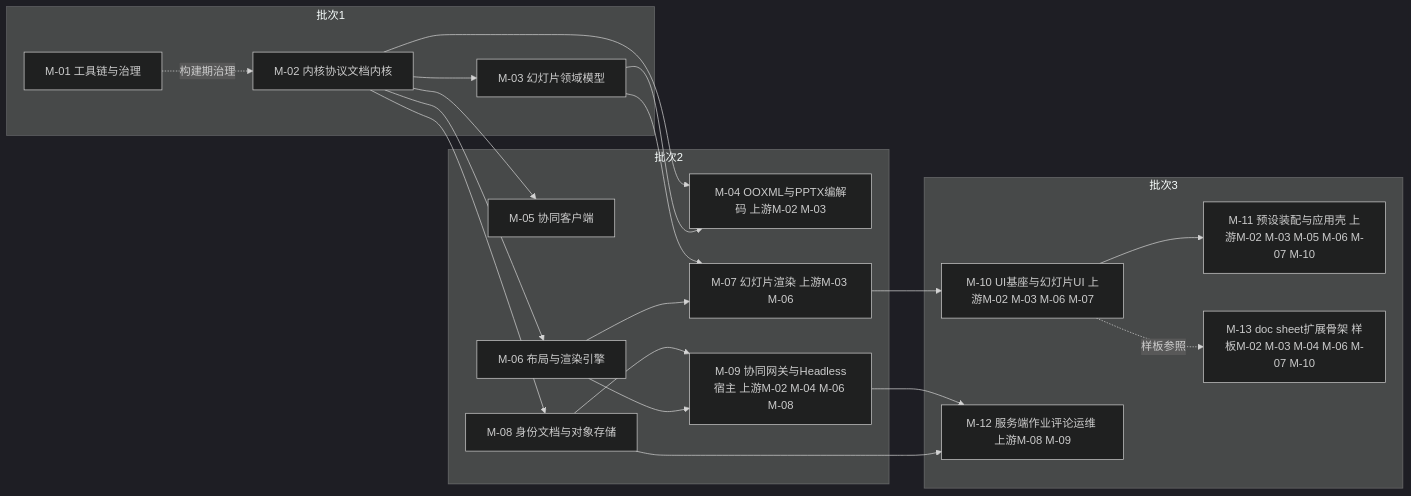
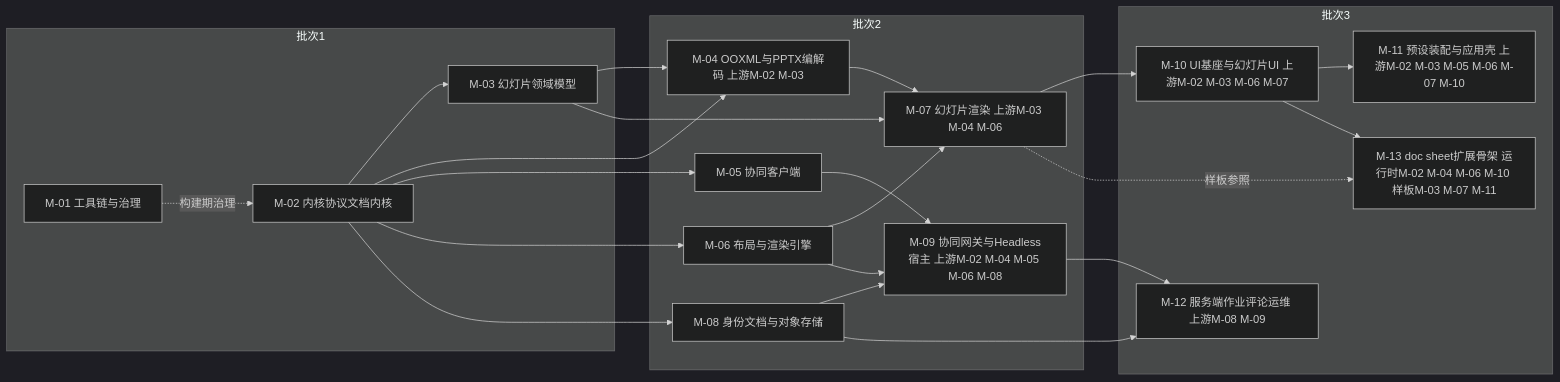
Before and after one commit to Xeonice/cordis-ppt-editor: the tenth of 12 diagrams in docs/40-modules/00-module-map.md, drawn with Mermaid (dark theme). The commit also changed other lines of this file and 22 other files, not shown here.

First line of the commit message:
docs(modules): 新增架构图集 18/19，补图并按 §4.18 回写模块设计线

````diff
--- a/docs/40-modules/00-module-map.md
+++ b/docs/40-modules/00-module-map.md
@@ -1127,38 +1233,41 @@
 ```mermaid
 flowchart LR
 subgraph b1["批次1"]
 m01["M-01 工具链与治理"]
 m02["M-02 内核协议文档内核"]
 m03["M-03 幻灯片领域模型"]
 end
 subgraph b2["批次2"]
 m04["M-04 OOXML与PPTX编解码 上游M-02 M-03"]
 m05["M-05 协同客户端"]
 m06["M-06 布局与渲染引擎"]
-m07["M-07 幻灯片渲染 上游M-03 M-06"]
+m07["M-07 幻灯片渲染 上游M-03 M-04 M-06"]
 m08["M-08 身份文档与对象存储"]
-m09["M-09 协同网关与Headless宿主 上游M-02 M-04 M-06 M-08"]
+m09["M-09 协同网关与Headless宿主 上游M-02 M-04 M-05 M-06 M-08"]
 end
 subgraph b3["批次3"]
 m10["M-10 UI基座与幻灯片UI 上游M-02 M-03 M-06 M-07"]
 m11["M-11 预设装配与应用壳 上游M-02 M-03 M-05 M-06 M-07 M-10"]
 m12["M-12 服务端作业评论运维 上游M-08 M-09"]
-m13["M-13 doc sheet扩展骨架 样板M-02 M-03 M-04 M-06 M-07 M-10"]
+m13["M-13 doc sheet扩展骨架 运行时M-02 M-04 M-06 M-10 样板M-03 M-07 M-11"]
 end
 m01 -. "构建期治理" .-> m02
 m02 --> m03
 m02 --> m04
 m03 --> m04
 m02 --> m05
 m02 --> m06
 m03 --> m07
+m04 --> m07
 m06 --> m07
 m02 --> m08
 m08 --> m09
+m05 --> m09
 m06 --> m09
 m07 --> m10
 m10 --> m11
 m09 --> m12
 m08 --> m12
-m10 -. "样板参照" .-> m13
+m10 --> m13
+m07 -. "样板参照" .-> m13
 ```
````
